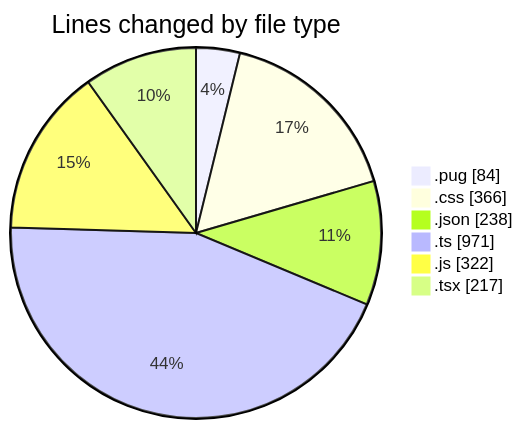
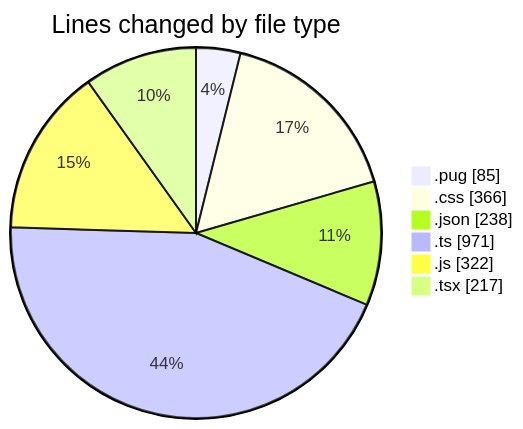
Before and after one commit to momahboobian/code-tracking: the first of 2 diagrams in 2025-11-05/cda/README.md, drawn with Mermaid. The commit also changed other lines of this file and 1 other file, not shown here.

````diff
--- a/2025-11-05/cda/README.md
+++ b/2025-11-05/cda/README.md
@@ -26,10 +26,10 @@
 ```mermaid
 pie showData
 title Lines changed by file type
-".pug" : 84
+".pug" : 85
 ".css" : 366
 ".json" : 238
 ".ts" : 971
 ".js" : 322
 ".tsx" : 217
 ```
````
